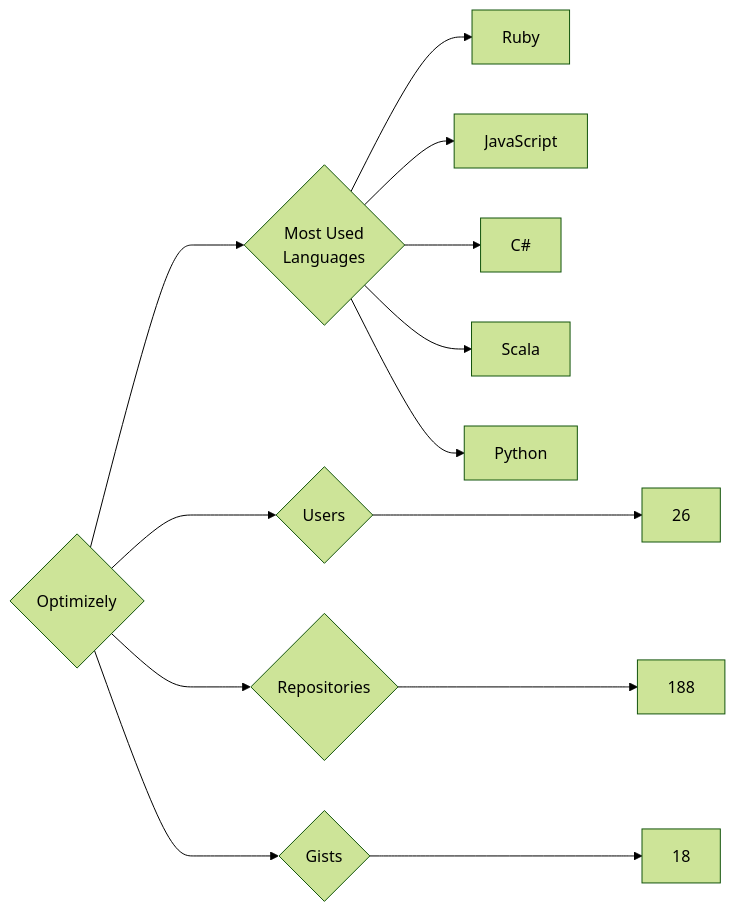
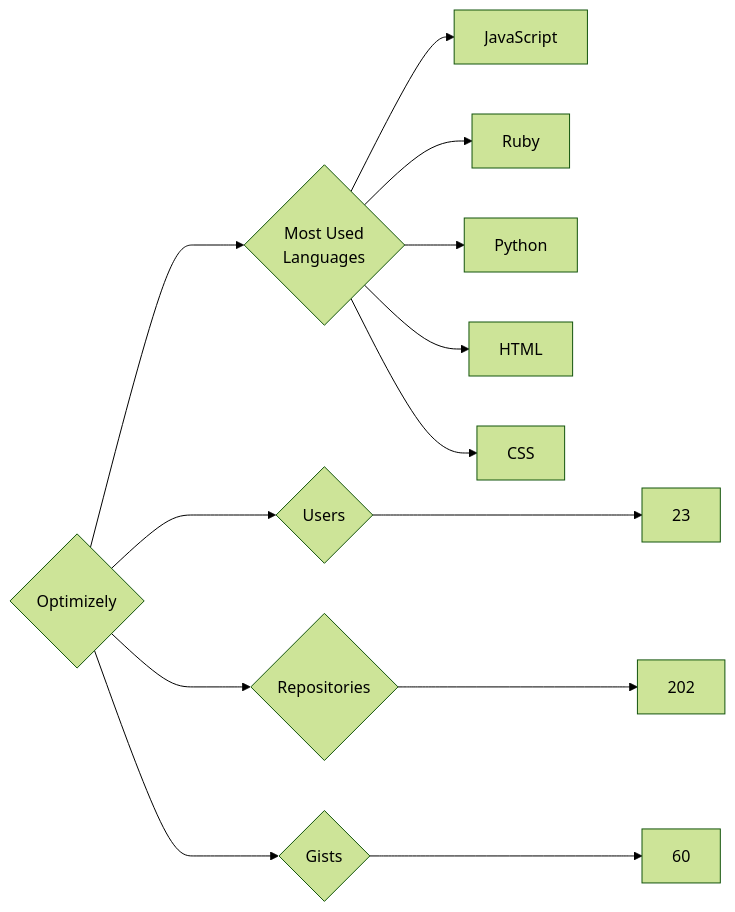
One commit to trickest/insiders changed the diagram in targets/Optimizely/README.md. Above: the diagram before and after it, drawn with Mermaid (forest theme). The commit also changed 898 other files, not shown here.

````diff
--- a/targets/Optimizely/README.md
+++ b/targets/Optimizely/README.md
@@ -3,13 +3,13 @@
 ```mermaid
 graph LR
 COMPANY_NAME{Optimizely}
-COMPANY_NAME ---> U{Users} ---> UN[26]
-COMPANY_NAME ---> R{Repositories} ---> RN[188]
-COMPANY_NAME ---> G{Gists} ---> GN[18]
+COMPANY_NAME ---> U{Users} ---> UN[23]
+COMPANY_NAME ---> R{Repositories} ---> RN[202]
+COMPANY_NAME ---> G{Gists} ---> GN[60]
 COMPANY_NAME ---> ML{Most Used<br>Languages}
+ML --> JavaScript[JavaScript]
 ML --> Ruby[Ruby]
-ML --> JavaScript[JavaScript]
-ML --> C#[C#]
-ML --> Scala[Scala]
 ML --> Python[Python]
+ML --> HTML[HTML]
+ML --> CSS[CSS]
 ```
````
